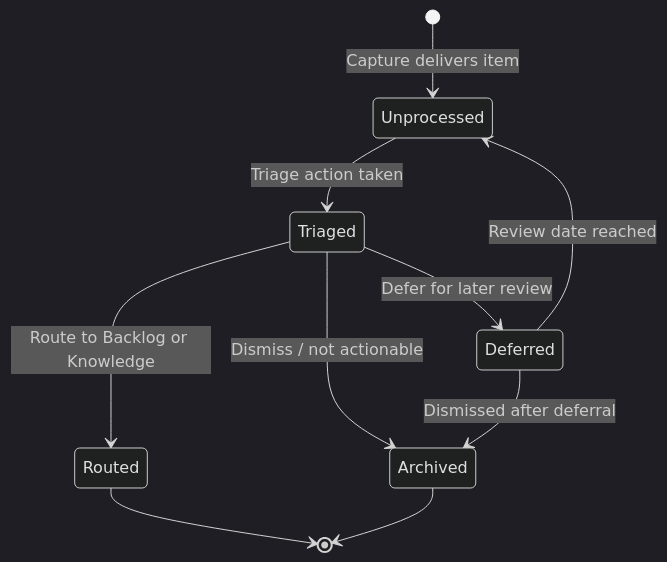
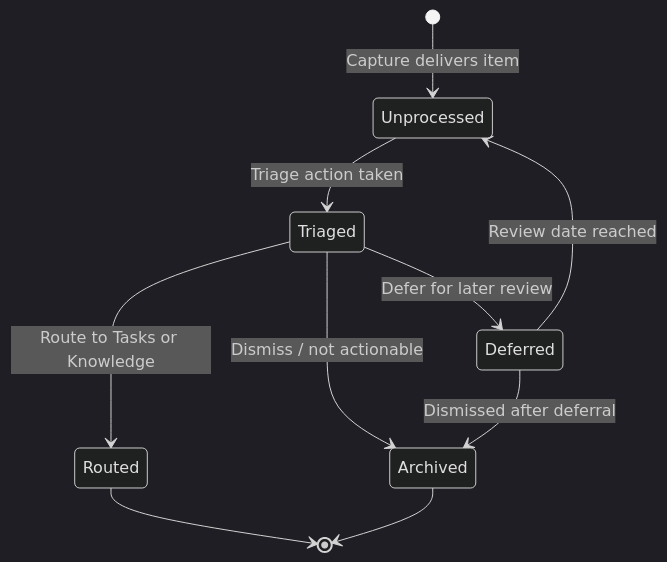
One commit to JSdotNet/Backlog changed the diagram in .domain/inbox/flow.md. Above: the diagram before and after it, drawn with Mermaid (dark theme). The commit also changed 364 other files, not shown here.

````diff
--- a/.domain/inbox/flow.md
+++ b/.domain/inbox/flow.md
@@ -14,12 +14,12 @@
 ```mermaid
 stateDiagram-v2
     [*] --> Unprocessed : Capture delivers item
     Unprocessed --> Triaged : Triage action taken
-    Triaged --> Routed : Route to Backlog or Knowledge
+    Triaged --> Routed : Route to Tasks or Knowledge
     Triaged --> Deferred : Defer for later review
     Triaged --> Archived : Dismiss / not actionable
     Deferred --> Unprocessed : Review date reached
     Deferred --> Archived : Dismissed after deferral
     Routed --> [*]
     Archived --> [*]
 ```
````
